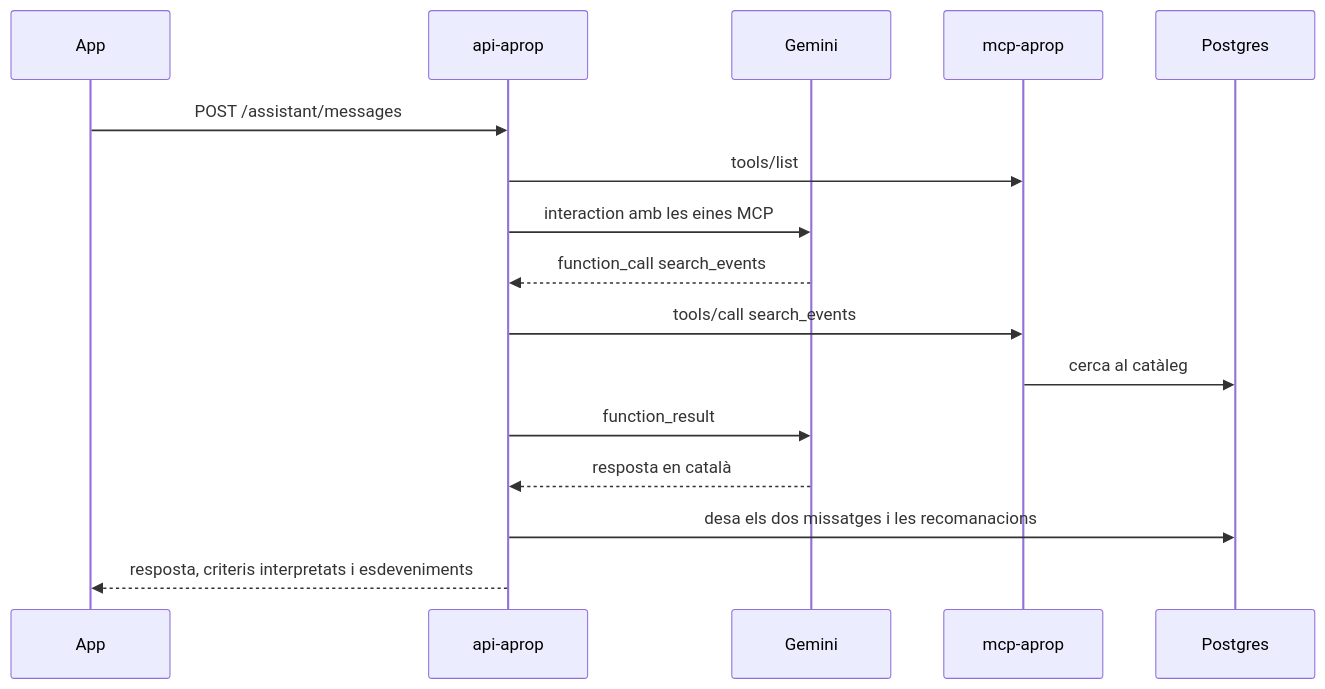
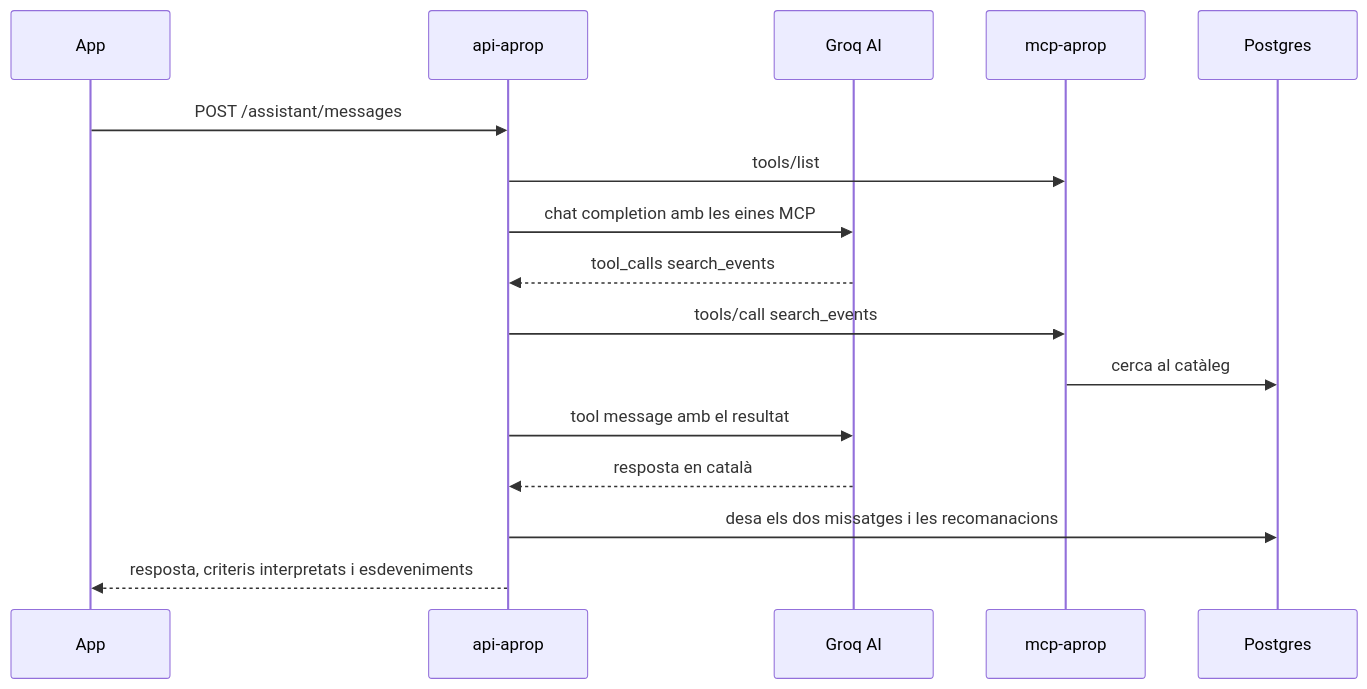
Before and after one commit to pes2627q1-22-gei-upc/api-aprop: the diagram in README.md, drawn with Mermaid. The commit also changed other lines of this file and 16 other files, not shown here.

Commit message:
Tasca #225 Reimplementar xatbot amb Groq AI: Migracio a Groq AI amb tool calling per optimitzar consum de tokens

````diff
--- a/README.md
+++ b/README.md
@@ -34,18 +34,18 @@
 ```mermaid
 sequenceDiagram
   participant App as App
   participant API as api-aprop
-  participant Gemini as Gemini
+  participant LLM as Groq AI
   participant MCP as mcp-aprop
   participant DB as Postgres
   App->>API: POST /assistant/messages
   API->>MCP: tools/list
-  API->>Gemini: interaction amb les eines MCP
-  Gemini-->>API: function_call search_events
+  API->>LLM: chat completion amb les eines MCP
+  LLM-->>API: tool_calls search_events
   API->>MCP: tools/call search_events
   MCP->>DB: cerca al catàleg
-  API->>Gemini: function_result
-  Gemini-->>API: resposta en català
+  API->>LLM: tool message amb el resultat
+  LLM-->>API: resposta en català
   API->>DB: desa els dos missatges i les recomanacions
   API-->>App: resposta, criteris interpretats i esdeveniments
 ```
````
